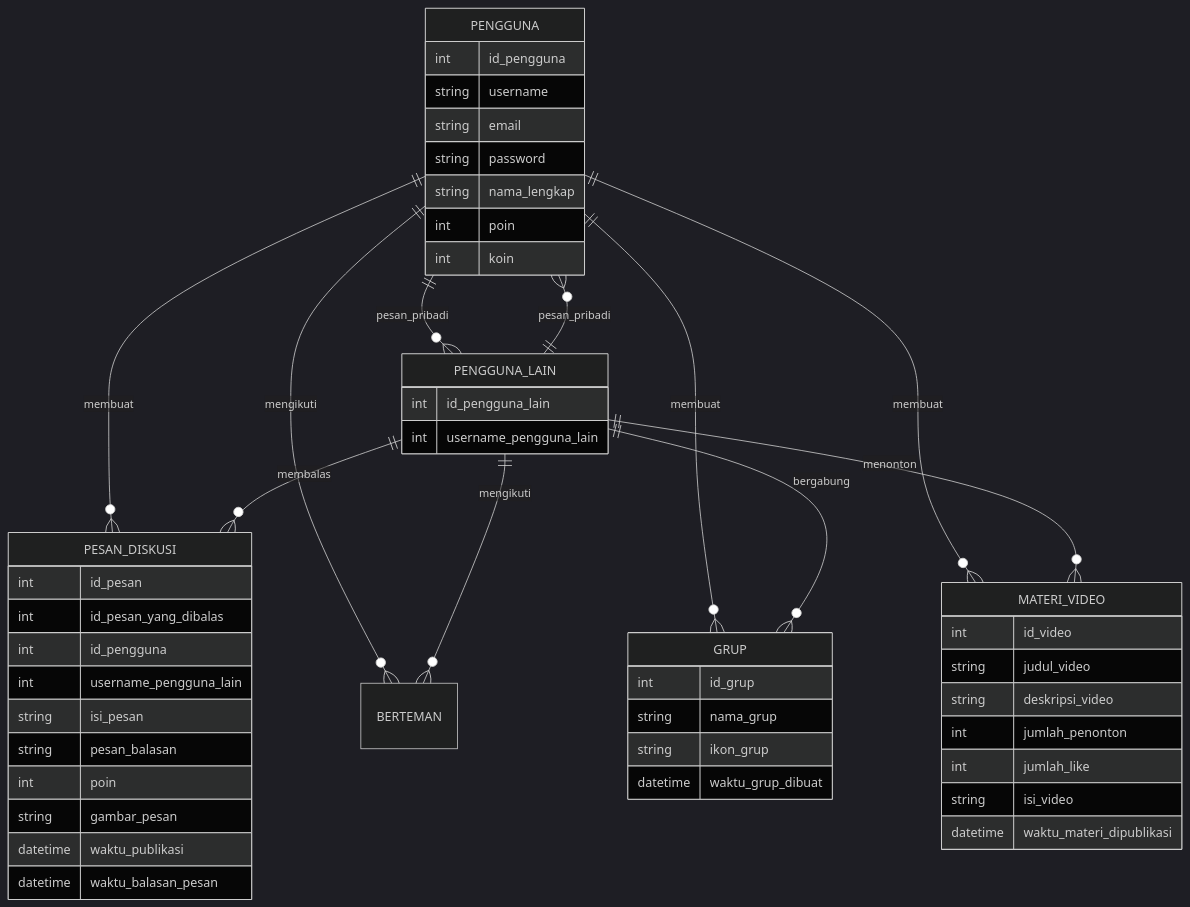
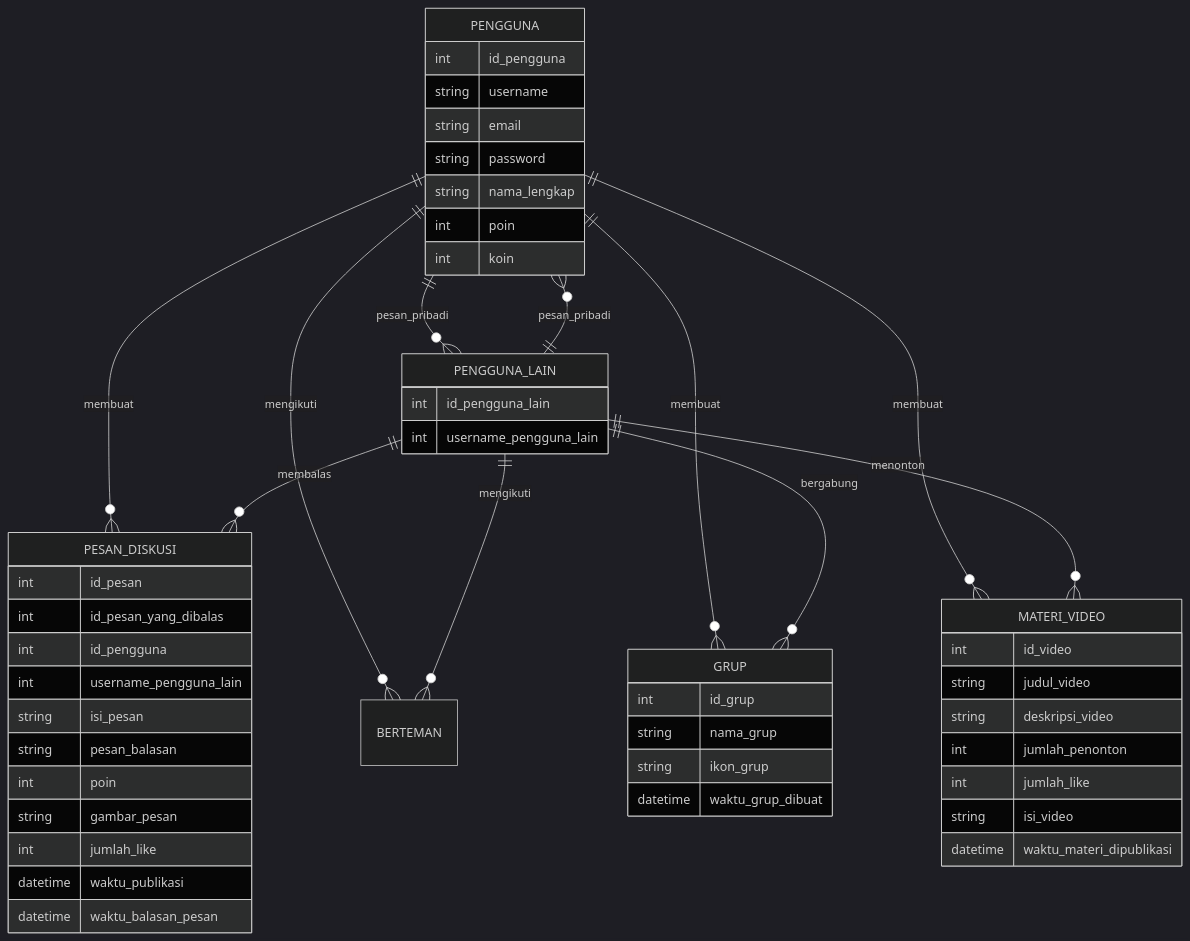
Before and after one commit to fahrizap/Kodein: the diagram in job interview.MD, drawn with Mermaid (dark theme).

Commit message:
Update job interview.MD

````diff
--- a/job interview.MD
+++ b/job interview.MD
@@ -20,54 +20,55 @@
 ```mermaid
 erDiagram
 
   PENGGUNA {
     int id_pengguna
     string username
     string email
     string password
     string nama_lengkap
     int poin
     int koin
   }
   PENGGUNA ||--o{ PESAN_DISKUSI : membuat
   PENGGUNA ||--o{ BERTEMAN : mengikuti
   PENGGUNA ||--o{ PENGGUNA_LAIN : pesan_pribadi
   PENGGUNA ||--o{ GRUP : membuat
   PENGGUNA ||--o{ MATERI_VIDEO : membuat
   PESAN_DISKUSI {
     int id_pesan
     int id_pesan_yang_dibalas
     int id_pengguna 
     int username_pengguna_lain
     string isi_pesan
     string pesan_balasan
     int poin
     string gambar_pesan
+    int jumlah_like
     datetime waktu_publikasi
     datetime waktu_balasan_pesan
   }
   PENGGUNA_LAIN {
     int id_pengguna_lain
     int username_pengguna_lain
   }
   PENGGUNA_LAIN ||--o{ PESAN_DISKUSI : membalas
   PENGGUNA_LAIN ||--o{ BERTEMAN : mengikuti
   PENGGUNA_LAIN ||--o{ PENGGUNA : pesan_pribadi
   PENGGUNA_LAIN ||--o{ GRUP : bergabung
   PENGGUNA_LAIN ||--o{ MATERI_VIDEO : menonton
   GRUP {
     int id_grup
     string nama_grup
     string ikon_grup
     datetime waktu_grup_dibuat
   }
   MATERI_VIDEO {
     int id_video
     string judul_video
     string deskripsi_video
     int jumlah_penonton
     int jumlah_like
     string isi_video
     datetime waktu_materi_dipublikasi
   }
 ```
````
